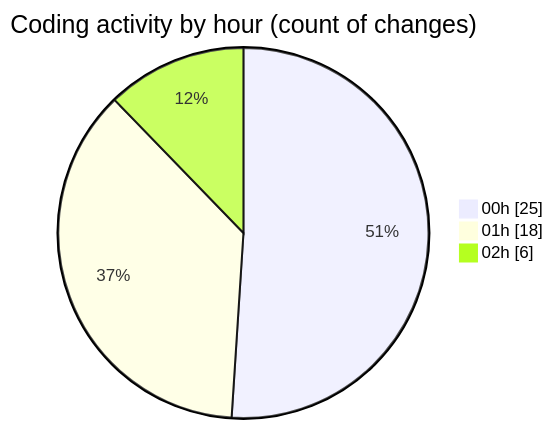
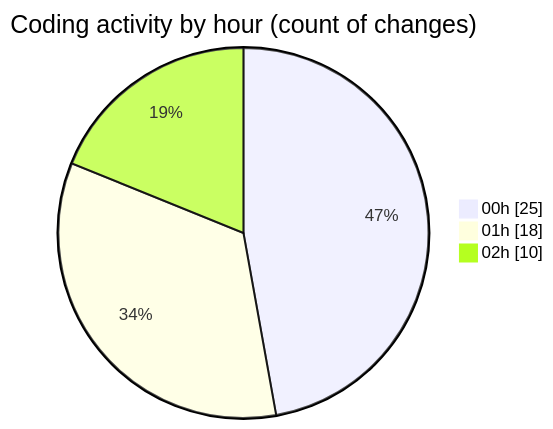
The second of 2 diagrams in 2025-07-18/ribbon/README.md (EIIisD/code-tracking), drawn with Mermaid before and after one commit. The commit also changed other lines of this file and 1 other file, not shown here.

````diff
--- a/2025-07-18/ribbon/README.md
+++ b/2025-07-18/ribbon/README.md
@@ -37,7 +37,7 @@
 ```mermaid
 pie showData
 title Coding activity by hour (count of changes)
 "00h" : 25
 "01h" : 18
-"02h" : 6
+"02h" : 10
 ```
````
